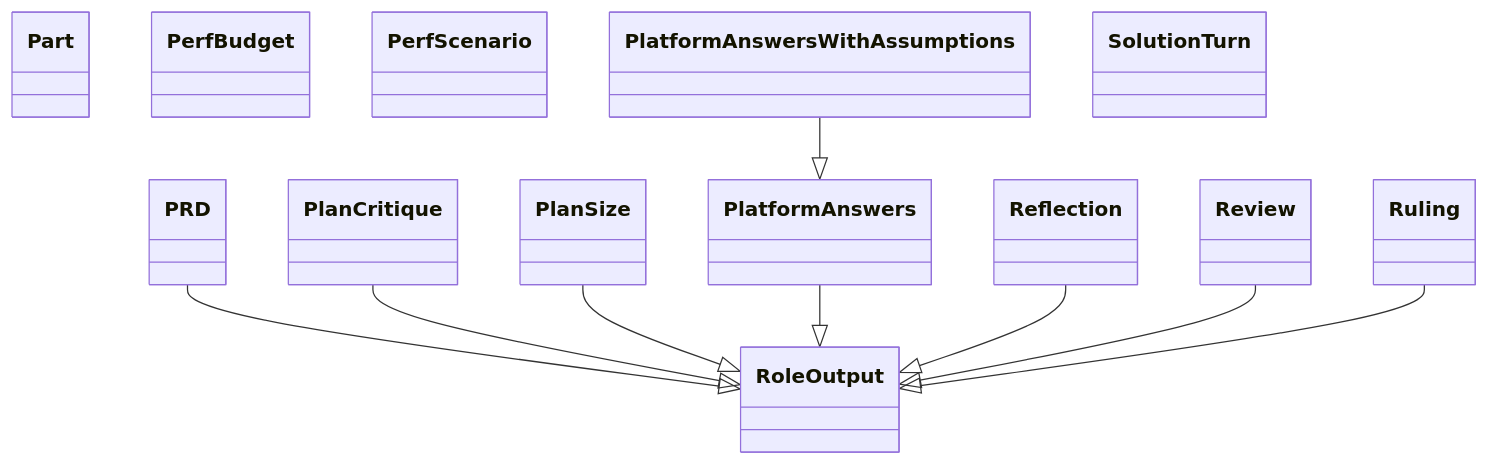
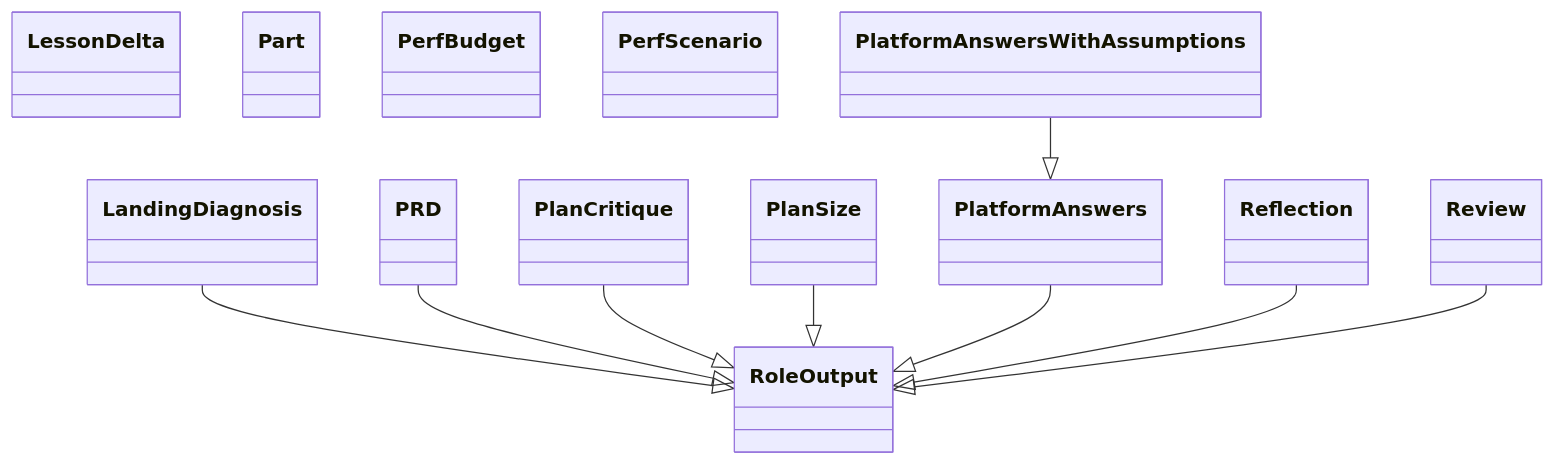
One commit to GonzaloZevallos/agentic-system changed the diagram in docs/architecture/generated/classes-process-domain-roles-4.md. Above: the diagram before and after it, drawn with Mermaid. The commit also changed other lines of this file and 4 other files, not shown here.

Commit message:
Regenerate the architecture diagrams: the interviewer role's schema changed

````diff
--- a/docs/architecture/generated/classes-process-domain-roles-4.md
+++ b/docs/architecture/generated/classes-process-domain-roles-4.md
@@ -30,24 +30,24 @@
 ```mermaid
 classDiagram
+    class schemas__LandingDiagnosis["LandingDiagnosis"]
+    class schemas__LessonDelta["LessonDelta"]
     class schemas__PRD["PRD"]
     class schemas__Part["Part"]
     class schemas__PerfBudget["PerfBudget"]
     class schemas__PerfScenario["PerfScenario"]
     class schemas__PlanCritique["PlanCritique"]
     class schemas__PlanSize["PlanSize"]
     class schemas__PlatformAnswers["PlatformAnswers"]
     class schemas__PlatformAnswersWithAssumptions["PlatformAnswersWithAssumptions"]
     class schemas__Reflection["Reflection"]
     class schemas__Review["Review"]
     class schemas__RoleOutput["RoleOutput"]
-    class schemas__Ruling["Ruling"]
-    class schemas__SolutionTurn["SolutionTurn"]
+    schemas__LandingDiagnosis --|> schemas__RoleOutput
     schemas__PRD --|> schemas__RoleOutput
     schemas__PlanCritique --|> schemas__RoleOutput
     schemas__PlanSize --|> schemas__RoleOutput
     schemas__PlatformAnswers --|> schemas__RoleOutput
     schemas__PlatformAnswersWithAssumptions --|> schemas__PlatformAnswers
     schemas__Reflection --|> schemas__RoleOutput
     schemas__Review --|> schemas__RoleOutput
-    schemas__Ruling --|> schemas__RoleOutput
 ```
````
